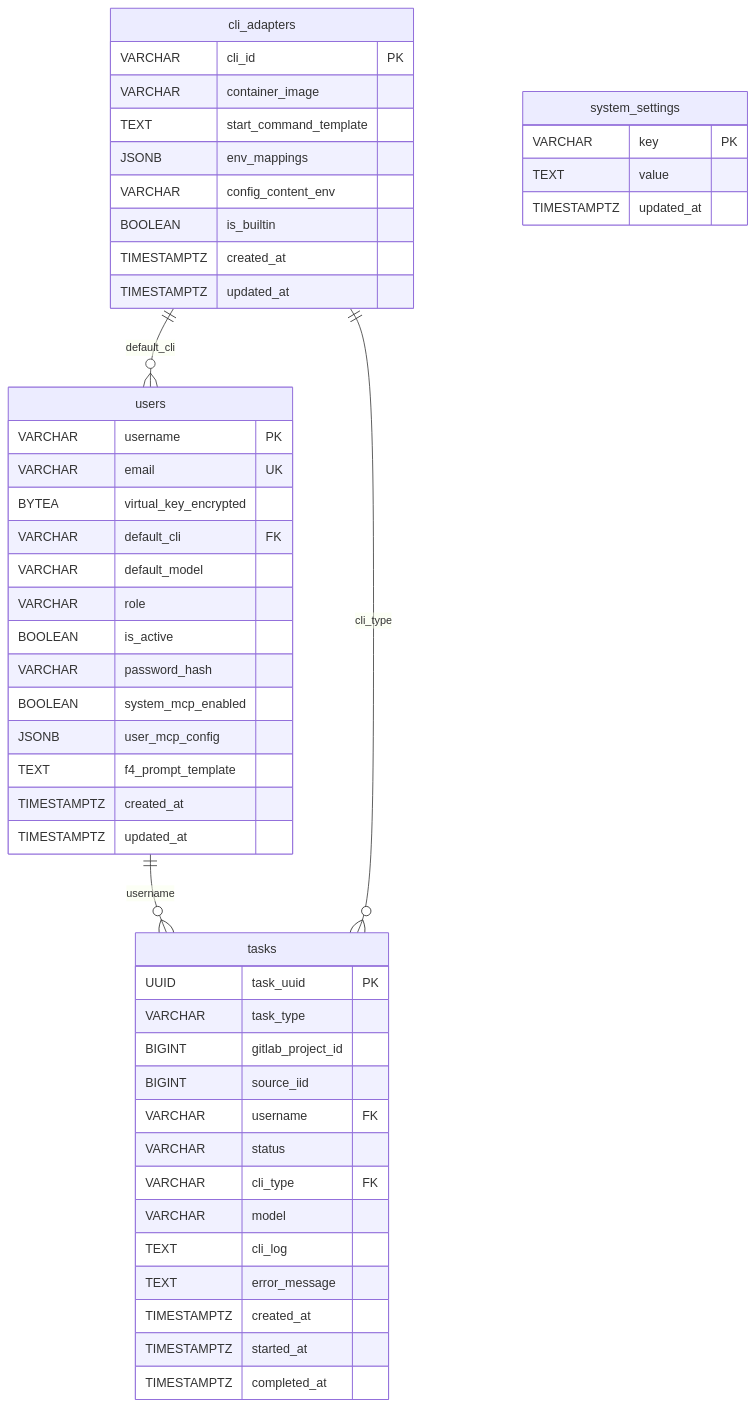
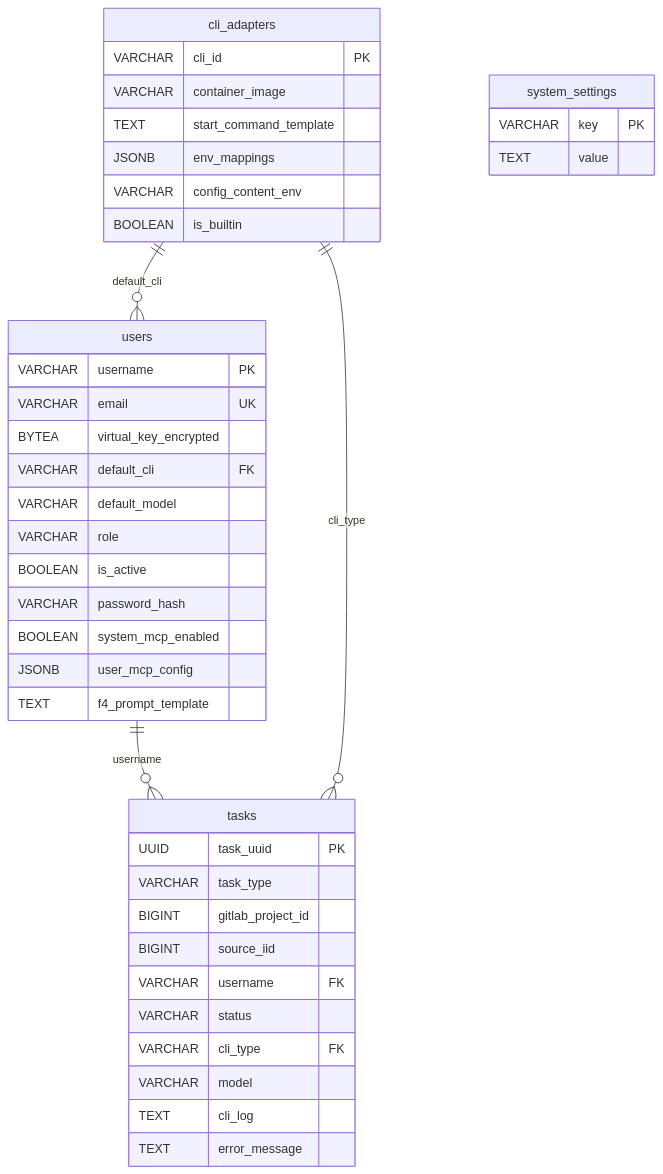
Before and after one commit to notfolder/CodingAgentAutomata: the second of 7 diagrams in docs/detail_design.md, drawn with Mermaid. The commit also changed other lines of this file, not shown here.

````diff
--- a/docs/detail_design.md
+++ b/docs/detail_design.md
@@ -237,55 +189,47 @@
 ```mermaid
 erDiagram
+    users ||--o{ tasks : username
+    cli_adapters ||--o{ users : default_cli
+    cli_adapters ||--o{ tasks : cli_type
+
     users {
         VARCHAR username PK
         VARCHAR email UK
         BYTEA virtual_key_encrypted
         VARCHAR default_cli FK
         VARCHAR default_model
         VARCHAR role
         BOOLEAN is_active
         VARCHAR password_hash
         BOOLEAN system_mcp_enabled
         JSONB user_mcp_config
         TEXT f4_prompt_template
-        TIMESTAMPTZ created_at
-        TIMESTAMPTZ updated_at
     }
 
     cli_adapters {
         VARCHAR cli_id PK
         VARCHAR container_image
         TEXT start_command_template
         JSONB env_mappings
         VARCHAR config_content_env
         BOOLEAN is_builtin
-        TIMESTAMPTZ created_at
-        TIMESTAMPTZ updated_at
     }
 
     tasks {
         UUID task_uuid PK
         VARCHAR task_type
         BIGINT gitlab_project_id
         BIGINT source_iid
         VARCHAR username FK
         VARCHAR status
         VARCHAR cli_type FK
         VARCHAR model
         TEXT cli_log
         TEXT error_message
-        TIMESTAMPTZ created_at
-        TIMESTAMPTZ started_at
-        TIMESTAMPTZ completed_at
     }
 
     system_settings {
         VARCHAR key PK
         TEXT value
-        TIMESTAMPTZ updated_at
     }
-
-    users ||--o{ tasks : "username"
-    cli_adapters ||--o{ tasks : "cli_type"
-    cli_adapters ||--o{ users : "default_cli"
 ```
````
